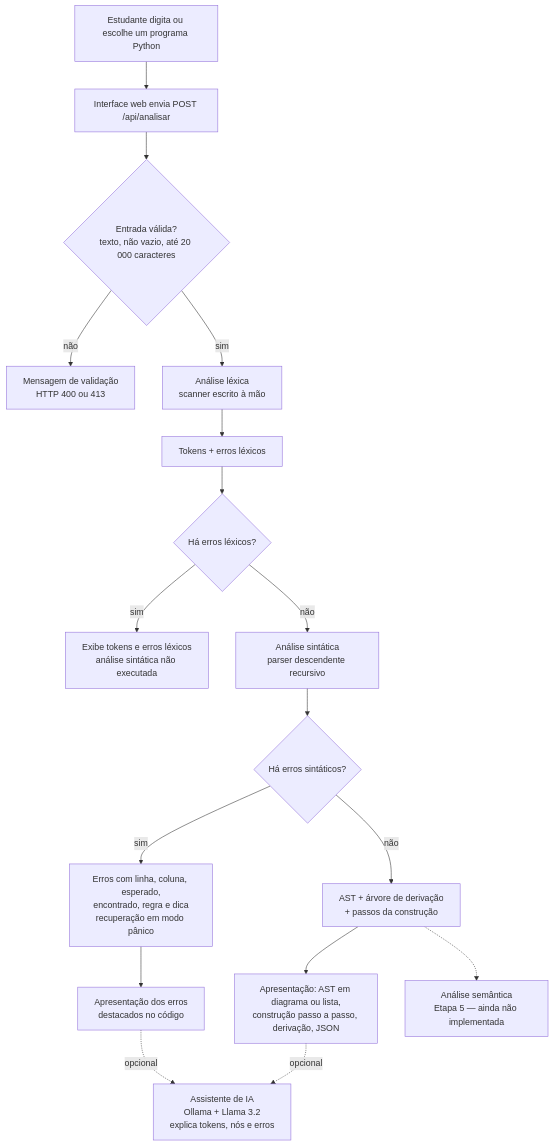
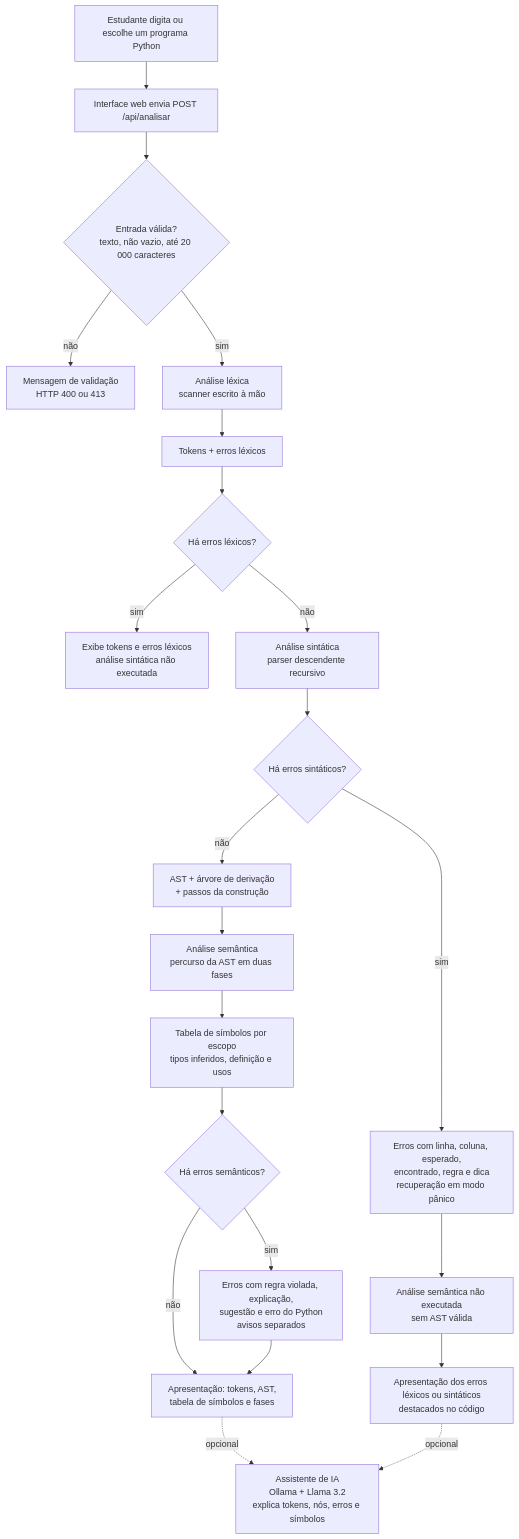
Before and after one commit to claralre/software-educacional-: the diagram in docs/ARTIGO_MATERIAIS_E_METODOS.md, drawn with Mermaid. The commit also changed other lines of this file, not shown here.

````diff
--- a/docs/ARTIGO_MATERIAIS_E_METODOS.md
+++ b/docs/ARTIGO_MATERIAIS_E_METODOS.md
@@ -12,19 +12,24 @@
 ```mermaid
 flowchart TD
     A[Estudante digita ou escolhe um programa Python] --> B[Interface web envia POST /api/analisar]
     B --> C{Entrada válida?<br/>texto, não vazio, até 20 000 caracteres}
     C -- não --> C1[Mensagem de validação<br/>HTTP 400 ou 413]
     C -- sim --> D[Análise léxica<br/>scanner escrito à mão]
     D --> E[Tokens + erros léxicos]
     E --> F{Há erros léxicos?}
     F -- sim --> F1[Exibe tokens e erros léxicos<br/>análise sintática não executada]
     F -- não --> G[Análise sintática<br/>parser descendente recursivo]
     G --> H{Há erros sintáticos?}
     H -- sim --> H1[Erros com linha, coluna, esperado,<br/>encontrado, regra e dica<br/>recuperação em modo pânico]
     H -- não --> I[AST + árvore de derivação<br/>+ passos da construção]
-    I --> J[Apresentação: AST em diagrama ou lista,<br/>construção passo a passo, derivação, JSON]
-    H1 --> J2[Apresentação dos erros<br/>destacados no código]
-    I -.-> K[Análise semântica<br/>Etapa 5 — ainda não implementada]
-    J -.opcional.-> L[Assistente de IA<br/>Ollama + Llama 3.2<br/>explica tokens, nós e erros]
+    H1 --> S0[Análise semântica não executada<br/>sem AST válida]
+    I --> S[Análise semântica<br/>percurso da AST em duas fases]
+    S --> T[Tabela de símbolos por escopo<br/>tipos inferidos, definição e usos]
+    T --> U{Há erros semânticos?}
+    U -- sim --> U1[Erros com regra violada, explicação,<br/>sugestão e erro do Python<br/>avisos separados]
+    U -- não --> J[Apresentação: tokens, AST,<br/>tabela de símbolos e fases]
+    U1 --> J
+    S0 --> J2[Apresentação dos erros léxicos ou sintáticos<br/>destacados no código]
+    J -.opcional.-> L[Assistente de IA<br/>Ollama + Llama 3.2<br/>explica tokens, nós, erros e símbolos]
     J2 -.opcional.-> L
 ```
````
